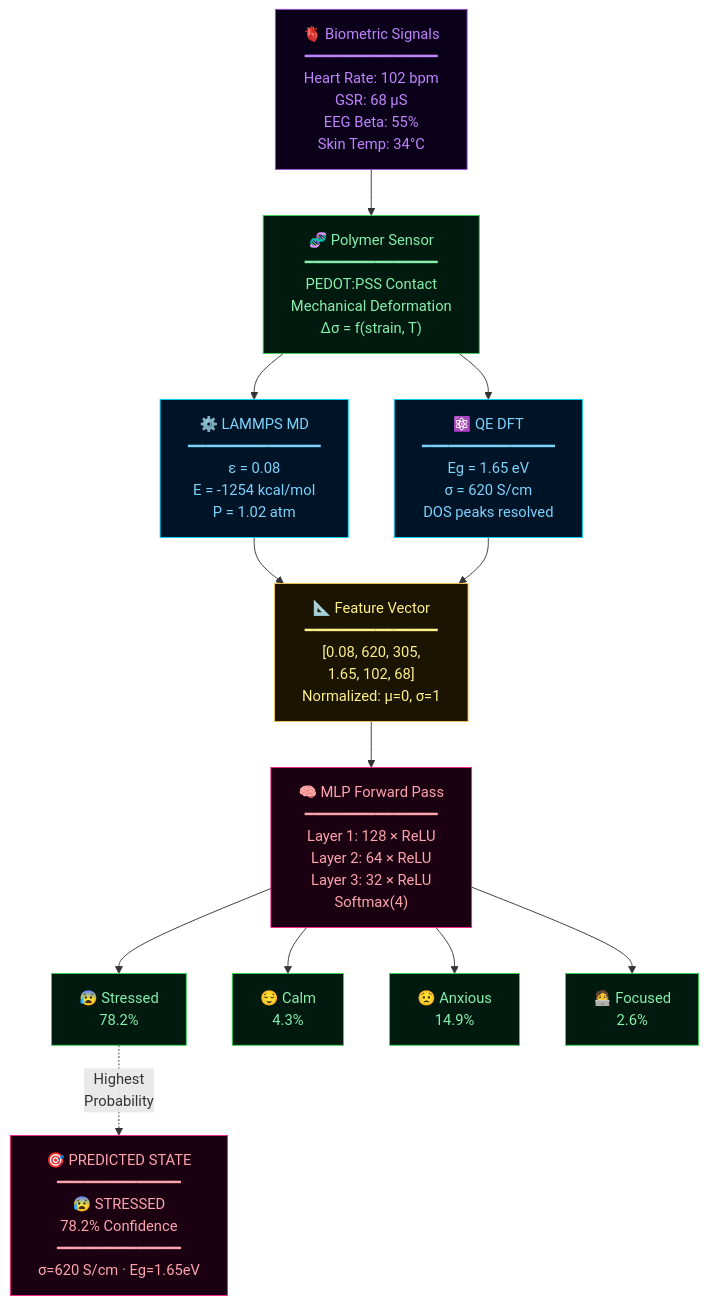
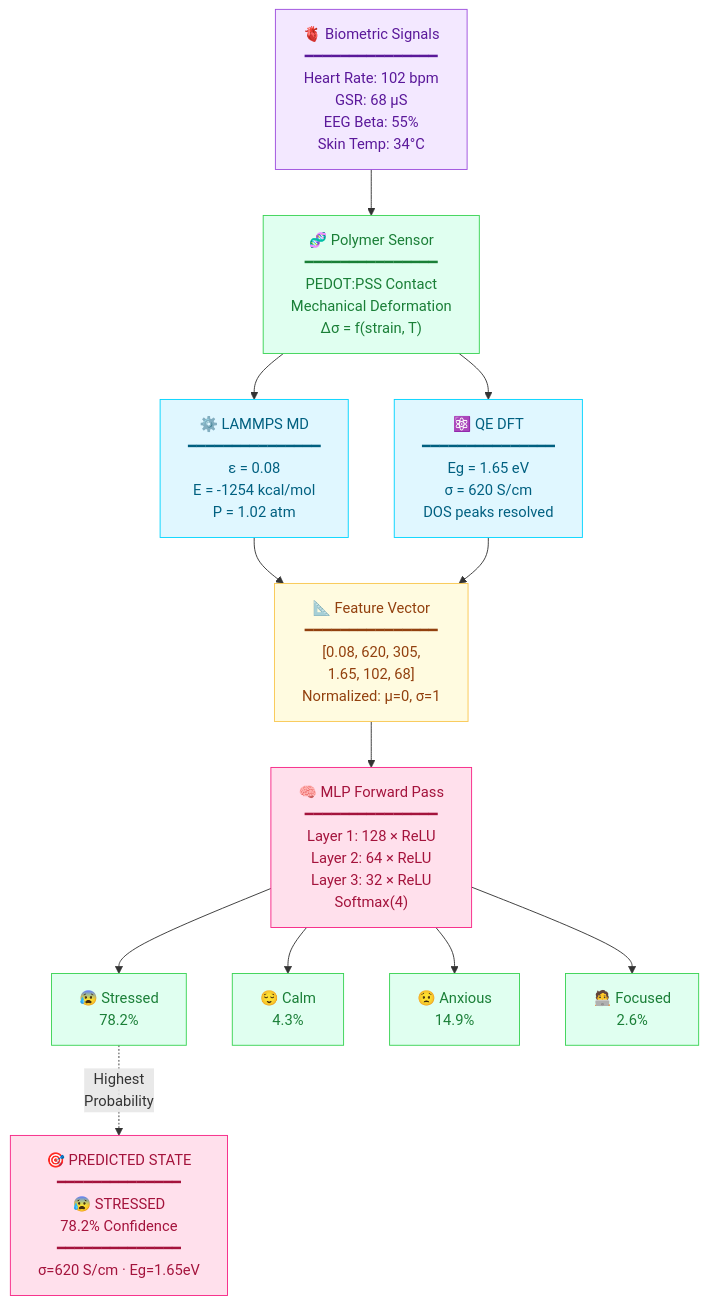
One commit to anshsharmacse/emotionalmaterials changed diagram 13 of 16 in README.md. Above: the diagram before and after it, drawn with Mermaid. The commit also changed other lines of this file, not shown here.

````diff
--- a/README.md
+++ b/README.md
@@ -549,33 +549,33 @@
 ```mermaid
 flowchart TD
-    classDef bio fill:#0a001a,stroke:#9d4edd,color:#c084fc
-    classDef poly fill:#001a10,stroke:#39d353,color:#86efac
-    classDef sim fill:#001428,stroke:#00d4ff,color:#7dd3fc
-    classDef feat fill:#1a1400,stroke:#f9c74f,color:#fef08a
-    classDef nn fill:#1a0010,stroke:#f72585,color:#fda4af
-    classDef out fill:#001a10,stroke:#39d353,color:#86efac
+    classDef bio fill:#f3e8ff,stroke:#9d4edd,color:#5a189a
+    classDef poly fill:#e0fff0,stroke:#39d353,color:#1a7f37
+    classDef sim fill:#e0f7ff,stroke:#00d4ff,color:#006080
+    classDef feat fill:#fffbe0,stroke:#f9c74f,color:#92400e
+    classDef nn fill:#ffe0ec,stroke:#f72585,color:#a4133c
+    classDef out fill:#e0fff0,stroke:#39d353,color:#1a7f37
 
     A["🫀 Biometric Signals\n━━━━━━━━━━━━━━━\nHeart Rate: 102 bpm\nGSR: 68 μS\nEEG Beta: 55%\nSkin Temp: 34°C"]:::bio
 
     B["🧬 Polymer Sensor\n━━━━━━━━━━━━━━━\nPEDOT:PSS Contact\nMechanical Deformation\nΔσ = f(strain, T)"]:::poly
 
     C["⚙️ LAMMPS MD\n━━━━━━━━━━━━━━━\nε = 0.08\nE = -1254 kcal/mol\nP = 1.02 atm"]:::sim
 
     D["⚛️ QE DFT\n━━━━━━━━━━━━━━━\nEg = 1.65 eV\nσ = 620 S/cm\nDOS peaks resolved"]:::sim
 
     E["📐 Feature Vector\n━━━━━━━━━━━━━━━\n[0.08, 620, 305,\n1.65, 102, 68]\nNormalized: μ=0, σ=1"]:::feat
 
     F["🧠 MLP Forward Pass\n━━━━━━━━━━━━━━━\nLayer 1: 128 × ReLU\nLayer 2: 64  × ReLU\nLayer 3: 32  × ReLU\nSoftmax(4)"]:::nn
 
     G1["😰 Stressed\n78.2%"]:::out
     G2["😌 Calm\n4.3%"]:::out
     G3["😟 Anxious\n14.9%"]:::out
     G4["🧑‍💻 Focused\n2.6%"]:::out
 
     A --> B --> C --> E
     B --> D --> E
     E --> F
     F --> G1 & G2 & G3 & G4
 
     G1 -.->|"Highest\nProbability"| H["🎯 PREDICTED STATE\n━━━━━━━━━━━━━━\n😰 STRESSED\n78.2% Confidence\n━━━━━━━━━━━━━━\nσ=620 S/cm · Eg=1.65eV"]:::nn
 ```
````
